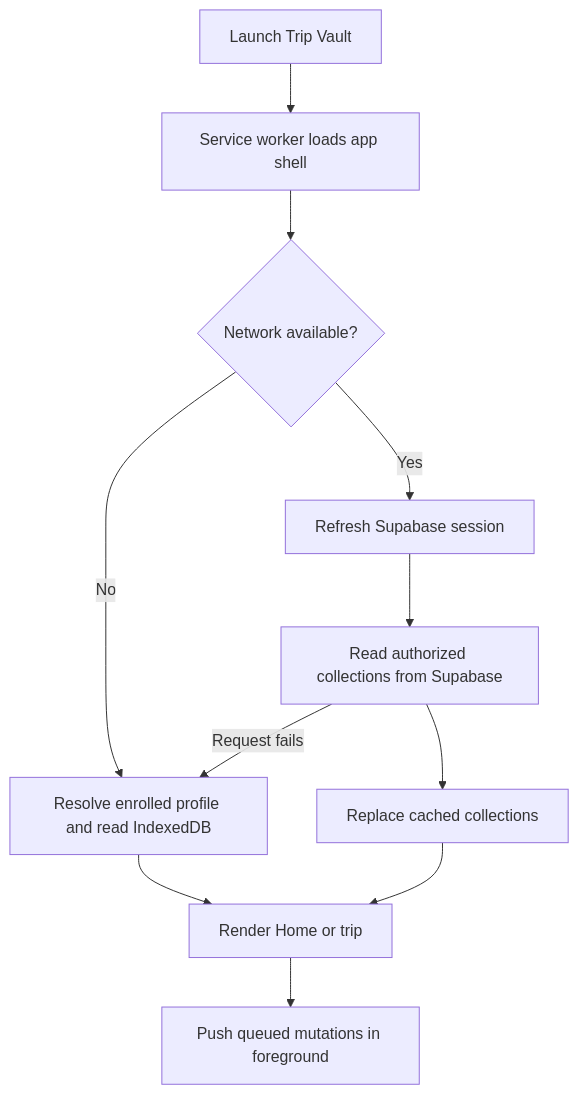
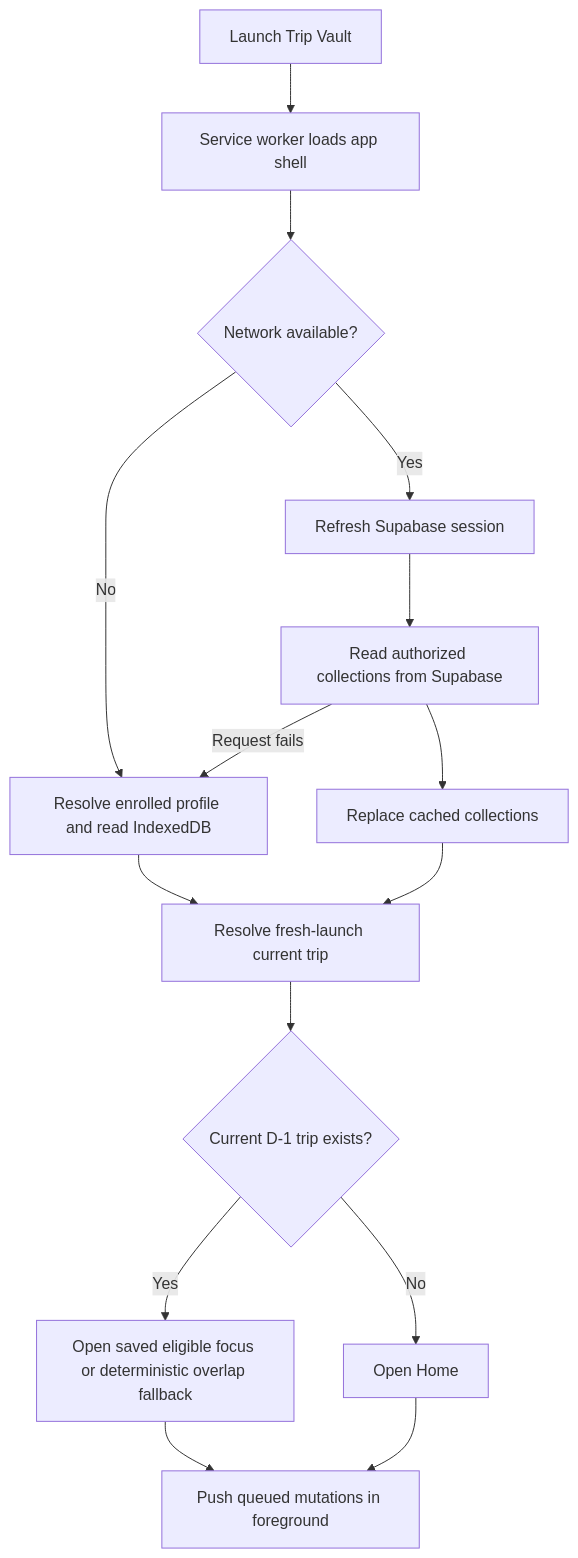
The third of 4 diagrams in docs/HIGH_LEVEL_DESIGN.md (shantanu1258/trip-vault), drawn with Mermaid before and after one commit. The commit also changed other lines of this file and 59 other files, not shown here.

````diff
--- a/docs/HIGH_LEVEL_DESIGN.md
+++ b/docs/HIGH_LEVEL_DESIGN.md
@@ -203,13 +211,17 @@
 ```mermaid
 flowchart TD
     A[Launch Trip Vault] --> B[Service worker loads app shell]
     B --> C{Network available?}
     C -- No --> D[Resolve enrolled profile and read IndexedDB]
     C -- Yes --> E[Refresh Supabase session]
     E --> F[Read authorized collections from Supabase]
     F --> G[Replace cached collections]
     F -- Request fails --> D
-    D --> H[Render Home or trip]
+    D --> H[Resolve fresh-launch current trip]
     G --> H
-    H --> I[Push queued mutations in foreground]
+    H --> J{Current D-1 trip exists?}
+    J -- Yes --> K[Open saved eligible focus or deterministic overlap fallback]
+    J -- No --> L[Open Home]
+    K --> I[Push queued mutations in foreground]
+    L --> I
 ```
````
